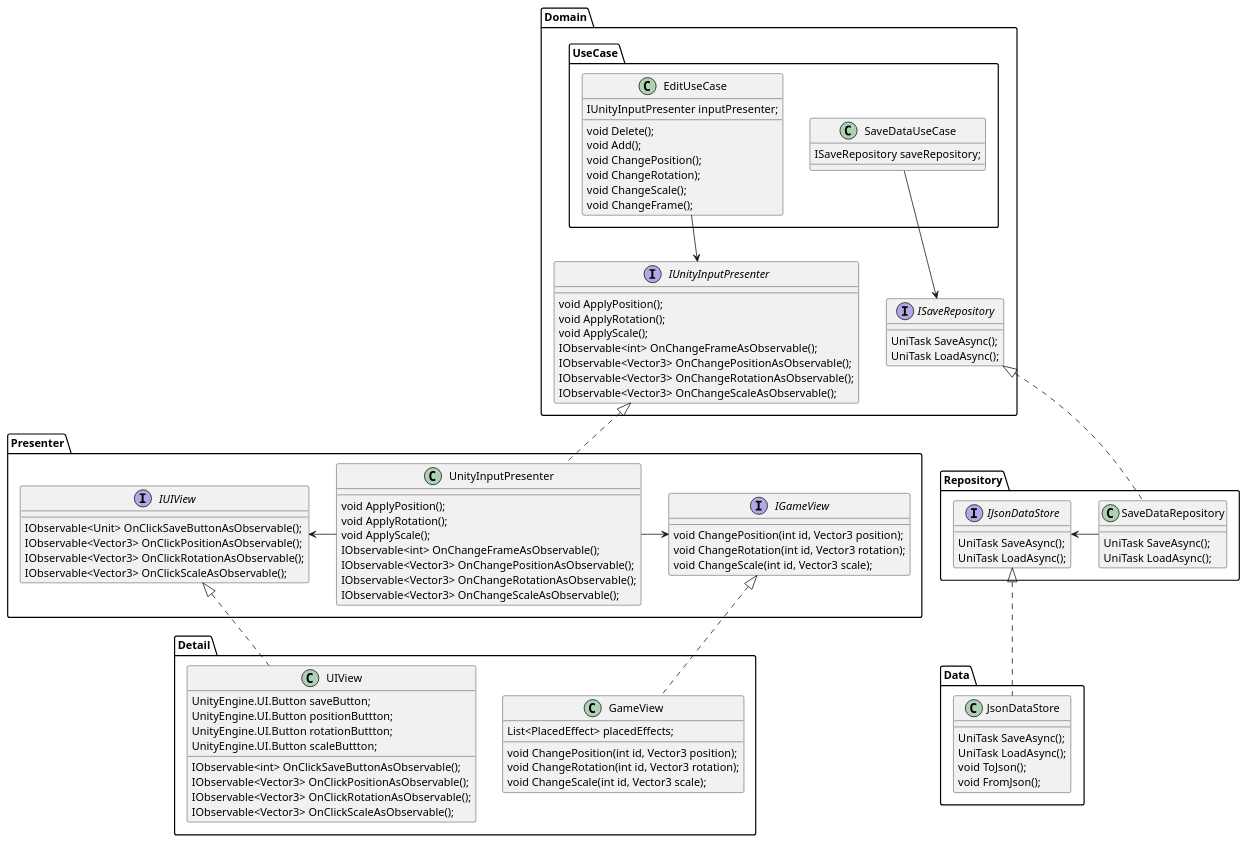
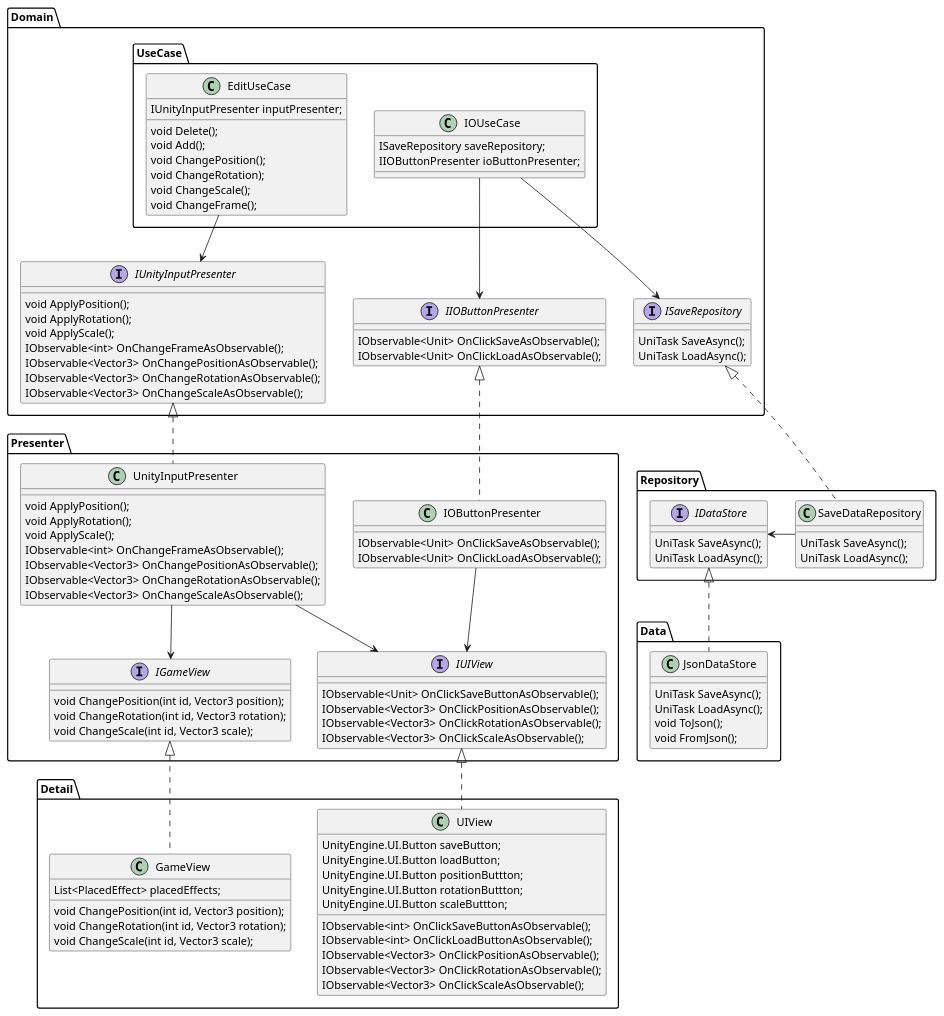
The diagram in doc/CATest.pu (HamachiTaro/CleanArchitectureTest), drawn with PlantUML before and after one commit. The commit also changed 12 other files, not shown here.

```diff
--- a/doc/CATest.pu
+++ b/doc/CATest.pu
@@ -1,145 +1,164 @@
 @startuml
 
 package Domain{
 
     package UseCase{
 
         '実際の処理をUseCaseに記載
         class EditUseCase
         {
             IUnityInputPresenter inputPresenter;
 
             void Delete();
             void Add();
             void ChangePosition();
             void ChangeRotation);
             void ChangeScale();
             void ChangeFrame();
         }
 
-        class SaveDataUseCase
+        class IOUseCase
         {
             ISaveRepository saveRepository;
+            IIOButtonPresenter ioButtonPresenter;
         }
 
     }
 
     interface IUnityInputPresenter
     {
         'usecaseがこれを叩いて、見た目を更新する
         void ApplyPosition();
         void ApplyRotation();
         void ApplyScale();
         ' Presenterからのイベント受け取り
         IObservable<int> OnChangeFrameAsObservable();
         IObservable<Vector3> OnChangePositionAsObservable();
         IObservable<Vector3> OnChangeRotationAsObservable();
         IObservable<Vector3> OnChangeScaleAsObservable();
     }
 
+    interface IIOButtonPresenter
+    {
+        IObservable<Unit> OnClickSaveAsObservable();
+        IObservable<Unit> OnClickLoadAsObservable();
+    }
+
     interface ISaveRepository
     {
         UniTask SaveAsync();
         UniTask LoadAsync();
     }
 
-    SaveDataUseCase --> ISaveRepository
+    IOUseCase --> IIOButtonPresenter
+    IOUseCase --> ISaveRepository
     EditUseCase --> IUnityInputPresenter
 }
 
 package Repository {
 
     class SaveDataRepository
     {
         UniTask SaveAsync();
         UniTask LoadAsync();
     }
 
-    interface IJsonDataStore {
+    interface IDataStore {
         UniTask SaveAsync();
         UniTask LoadAsync();
     }
 
     ISaveRepository <|.. SaveDataRepository
-    IJsonDataStore <- SaveDataRepository
+    IDataStore <- SaveDataRepository
 }
 
 package Data {
 
     class JsonDataStore
     {
         UniTask SaveAsync();
         UniTask LoadAsync();
         void ToJson();
         void FromJson();
     }
 
-    IJsonDataStore <|.. JsonDataStore
+    IDataStore <|.. JsonDataStore
 }
 
 
 package Presenter {
+
+    class IOButtonPresenter
+    {
+        IObservable<Unit> OnClickSaveAsObservable();
+        IObservable<Unit> OnClickLoadAsObservable();
+    }
+
 
     class UnityInputPresenter
     {
         void ApplyPosition();
         void ApplyRotation();
         void ApplyScale();
         IObservable<int> OnChangeFrameAsObservable();
         IObservable<Vector3> OnChangePositionAsObservable();
         IObservable<Vector3> OnChangeRotationAsObservable();
         IObservable<Vector3> OnChangeScaleAsObservable();
     }
 
     interface IUIView
     {
         IObservable<Unit> OnClickSaveButtonAsObservable();
         IObservable<Vector3> OnClickPositionAsObservable();
         IObservable<Vector3> OnClickRotationAsObservable();
         IObservable<Vector3> OnClickScaleAsObservable();
     }
 
     interface IGameView
     {
         void ChangePosition(int id, Vector3 position);
         void ChangeRotation(int id, Vector3 rotation);
         void ChangeScale(int id, Vector3 scale);
     }
 
+    IIOButtonPresenter <|.. IOButtonPresenter
     IUnityInputPresenter <|.. UnityInputPresenter
-    IUIView <- UnityInputPresenter
-    UnityInputPresenter -> IGameView
+    UnityInputPresenter --> IUIView
+    UnityInputPresenter --> IGameView
+    IOButtonPresenter --> IUIView
 }
 
 package Detail {
 
     'UnityEngine.UIを知っている
     class UIView
     {
         UnityEngine.UI.Button saveButton;
+        UnityEngine.UI.Button loadButton;
         UnityEngine.UI.Button positionButtton;
         UnityEngine.UI.Button rotationButtton;
         UnityEngine.UI.Button scaleButtton;
 
         'idを渡したいのでint
         IObservable<int> OnClickSaveButtonAsObservable();
+        IObservable<int> OnClickLoadButtonAsObservable();
         IObservable<Vector3> OnClickPositionAsObservable();
         IObservable<Vector3> OnClickRotationAsObservable();
         IObservable<Vector3> OnClickScaleAsObservable();
     }
 
     'UnityEngine.GameObjectを知っている
     class GameView
     {
         List<PlacedEffect> placedEffects;
         void ChangePosition(int id, Vector3 position);
         void ChangeRotation(int id, Vector3 rotation);
         void ChangeScale(int id, Vector3 scale);
     }
 
     IUIView <|.. UIView
     IGameView <|.. GameView
 }
 
 
 @enduml
```
